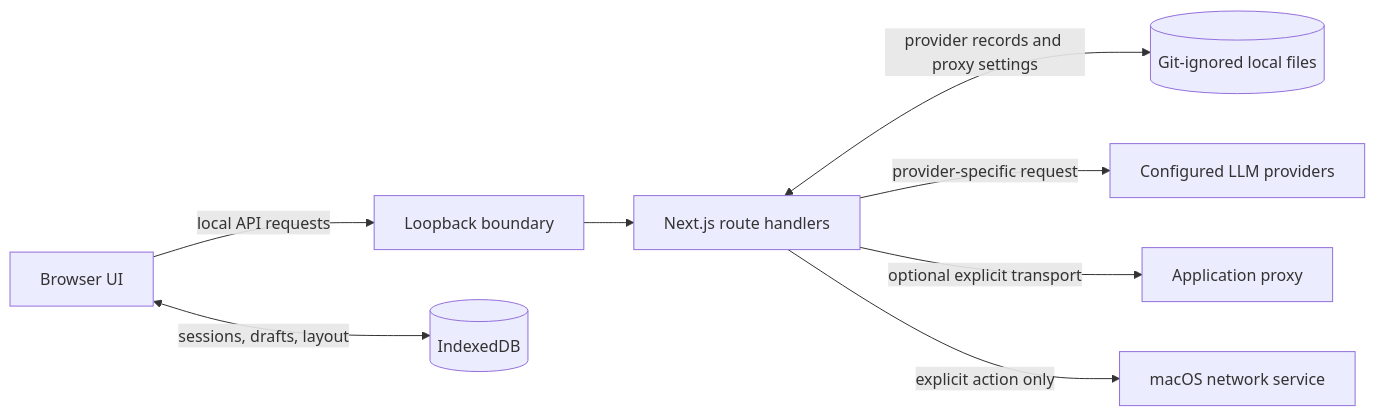
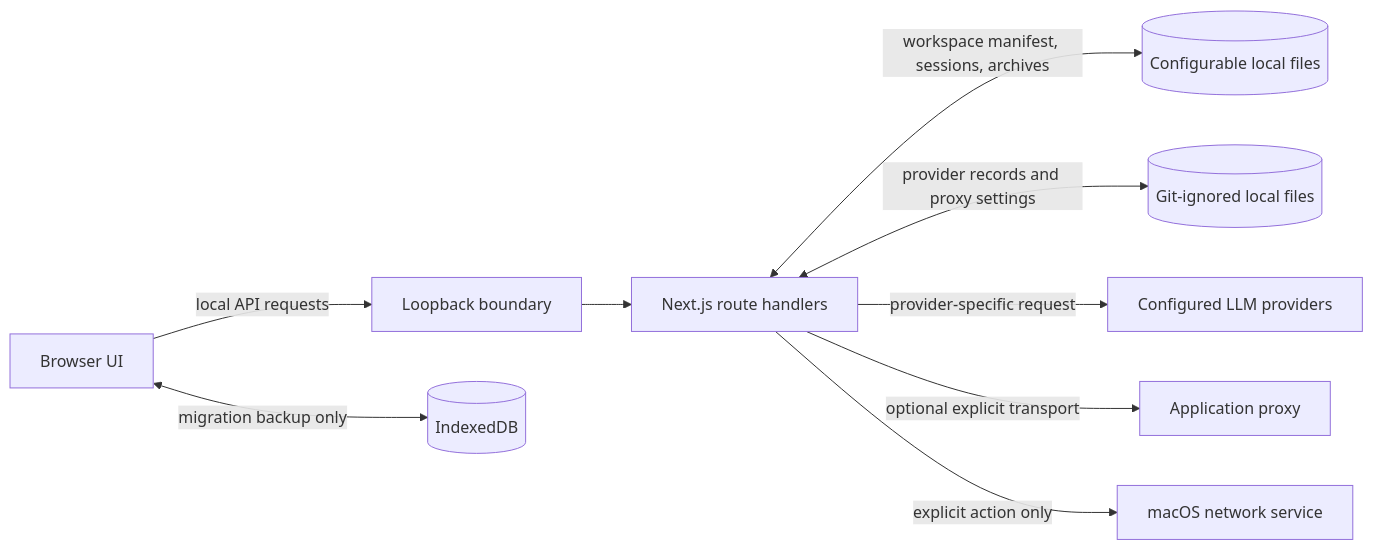
The first of 2 diagrams in docs/ARCHITECTURE.md (vimalanandans/ai-chat), drawn with Mermaid before and after one commit. The commit also changed other lines of this file and 20 other files, not shown here.

````diff
--- a/docs/ARCHITECTURE.md
+++ b/docs/ARCHITECTURE.md
@@ -7,10 +7,11 @@
 ```mermaid
 flowchart LR
   Browser[Browser UI] -->|local API requests| Guard[Loopback boundary]
-  Browser <-->|sessions, drafts, layout| IDB[(IndexedDB)]
+  Browser <-->|migration backup only| IDB[(IndexedDB)]
   Guard --> Routes[Next.js route handlers]
+  Routes <-->|workspace manifest, sessions, archives| Workspace[(Configurable local files)]
   Routes <-->|provider records and proxy settings| Local[(Git-ignored local files)]
   Routes -->|provider-specific request| Providers[Configured LLM providers]
   Routes -->|optional explicit transport| AppProxy[Application proxy]
   Routes -->|explicit action only| System[macOS network service]
 ```
````
